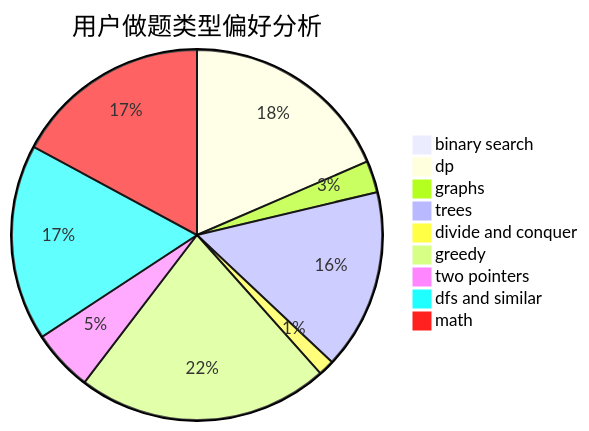
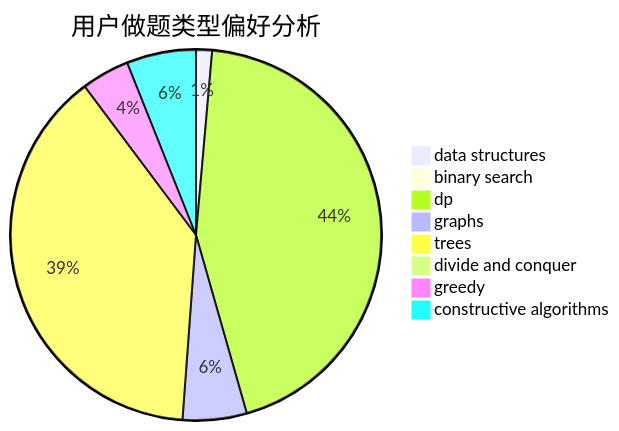
One commit to sherpahu/cfrs.github.io changed the second of 3 diagrams in docs/user/u1007.md. Above: the diagram before and after it, drawn with Mermaid. The commit also changed other lines of this file and 2775 other files, not shown here.

````diff
--- a/docs/user/u1007.md
+++ b/docs/user/u1007.md
@@ -23,12 +23,11 @@
 ```mermaid
 pie title 用户做题类型偏好分析
-    "binary search" :  3
-    "dp" :  107
-    "graphs" :  16
-    "trees" :  91
-    "divide and conquer" :  8
-    "greedy" :  127
-    "two pointers" :  31
-    "dfs and similar" :  99
-    "math" :  99
+    "data structures" :  3
+    "binary search" :  0
+    "dp" :  95
+    "graphs" :  12
+    "trees" :  83
+    "divide and conquer" :  0
+    "greedy" :  9
+    "constructive algorithms" :  13
 ```
````
